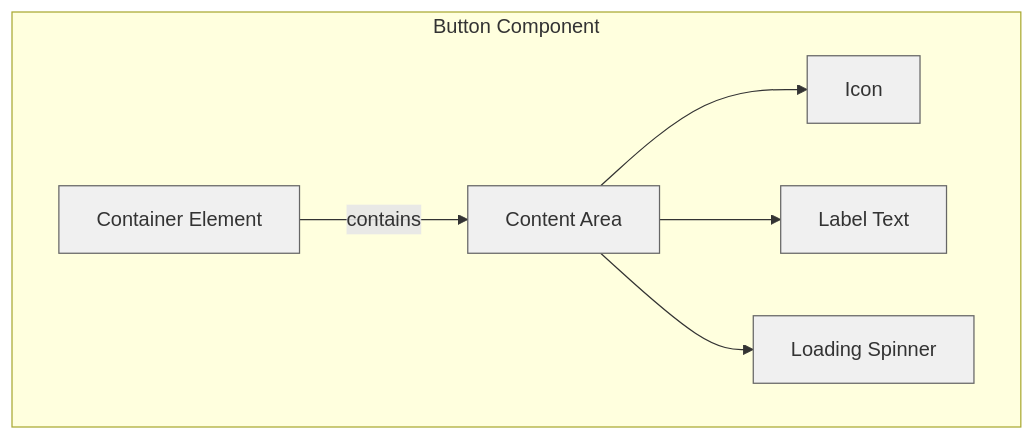
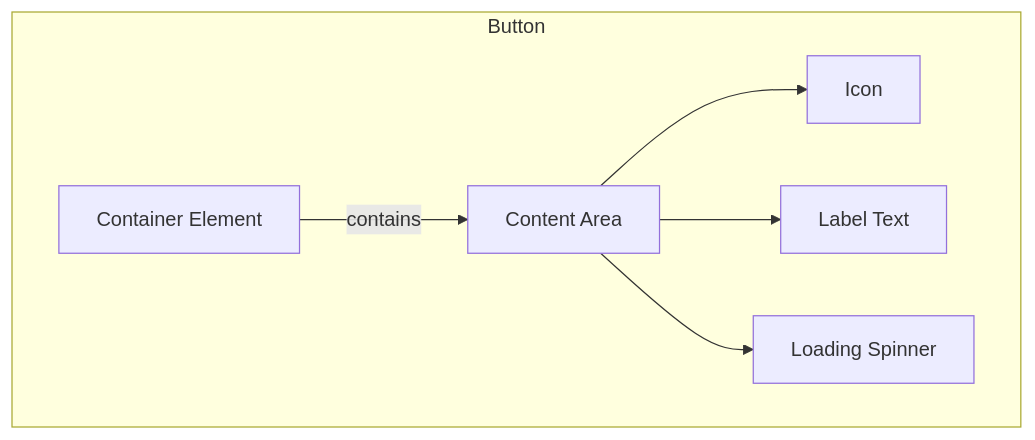
The diagram in content/en/patterns/forms/button.mdx (thedaviddias/ux-patterns-for-developers), drawn with Mermaid before and after one commit. The commit also changed 11 other files, not shown here.

Commit message:
fix: cleanup and fix mermaid background colours

````diff
--- a/content/en/patterns/forms/button.mdx
+++ b/content/en/patterns/forms/button.mdx
@@ -54,16 +54,12 @@
 ```mermaid
 flowchart TB
-subgraph Button[Button Component]
+subgraph Button
 Container[Container Element] -->|contains| Content[Content Area]
 Content --> Icon[Icon <optional>]
 Content --> Label[Label Text]
 Content --> LoadingSpinner[Loading Spinner <optional>]
-style Container fill:#f0f0f0,stroke:#666,stroke-width:1px
-style Content fill:#f0f0f0,stroke:#666,stroke-width:1px
-style Icon fill:#f0f0f0,stroke:#666,stroke-width:1px
-style Label fill:#f0f0f0,stroke:#666,stroke-width:1px
-style LoadingSpinner fill:#f0f0f0,stroke:#666,stroke-width:1px
-classDef container fill:#ffffe0,stroke:#666,stroke-width:2px
+
+classDef container stroke:#666,stroke-width:2px
 class Button container
 end
 ```
````
